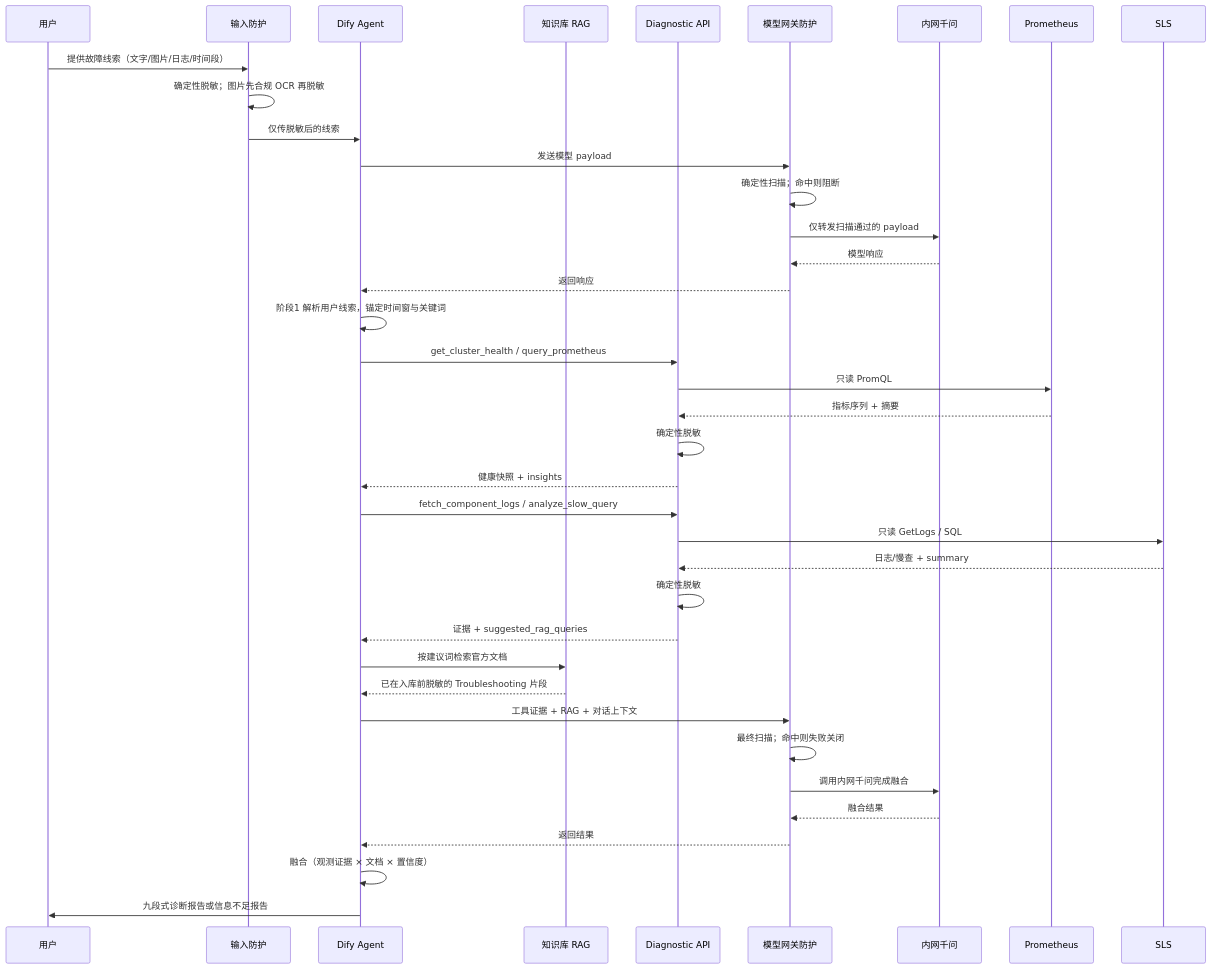
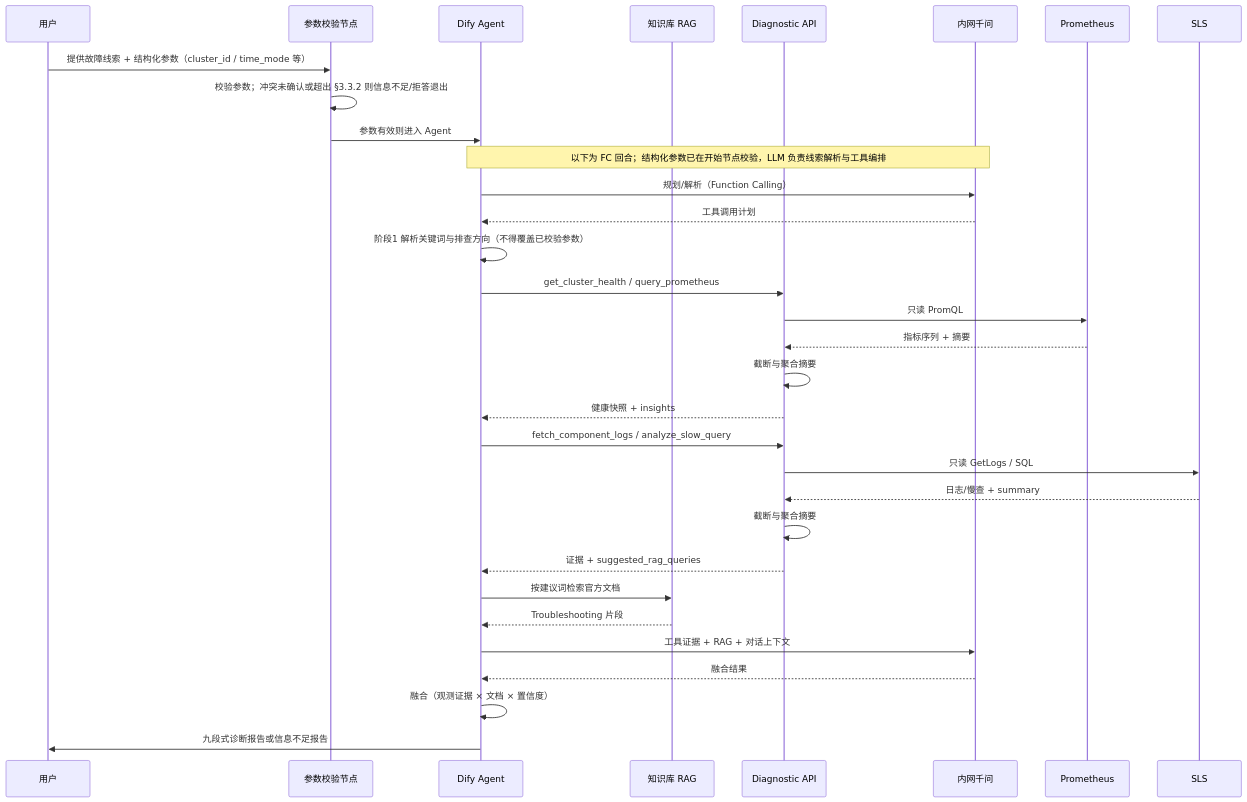
The third of 10 diagrams in docs/tidb-diag-agent-technical-design.md (yangzhengjie/tidb-diag), drawn with Mermaid before and after one commit. The commit also changed other lines of this file and 1 other file, not shown here.

````diff
--- a/docs/tidb-diag-agent-technical-design.md
+++ b/docs/tidb-diag-agent-technical-design.md
@@ -172,41 +166,35 @@
 ```mermaid
 sequenceDiagram
     participant U as 用户
-    participant G as 输入防护
+    participant PC as 参数校验节点
     participant A as Dify Agent
     participant KB as 知识库 RAG
     participant API as Diagnostic API
-    participant MG as 模型网关防护
     participant Q as 内网千问
     participant P as Prometheus
     participant S as SLS
 
-    U->>G: 提供故障线索（文字/图片/日志/时间段）
-    G->>G: 确定性脱敏；图片先合规 OCR 再脱敏
-    G->>A: 仅传脱敏后的线索
-    A->>MG: 发送模型 payload
-    MG->>MG: 确定性扫描；命中则阻断
-    MG->>Q: 仅转发扫描通过的 payload
-    Q-->>MG: 模型响应
-    MG-->>A: 返回响应
-    A->>A: 阶段1 解析用户线索，锚定时间窗与关键词
+    U->>PC: 提供故障线索 + 结构化参数（cluster_id / time_mode 等）
+    PC->>PC: 校验参数；冲突未确认或超出 §3.3.2 则信息不足/拒答退出
+    PC->>A: 参数有效则进入 Agent
+    Note over A,Q: 以下为 FC 回合；结构化参数已在开始节点校验，LLM 负责线索解析与工具编排
+    A->>Q: 规划/解析（Function Calling）
+    Q-->>A: 工具调用计划
+    A->>A: 阶段1 解析关键词与排查方向（不得覆盖已校验参数）
     A->>API: get_cluster_health / query_prometheus
     API->>P: 只读 PromQL
     P-->>API: 指标序列 + 摘要
-    API->>API: 确定性脱敏
+    API->>API: 截断与聚合摘要
     API-->>A: 健康快照 + insights
     A->>API: fetch_component_logs / analyze_slow_query
     API->>S: 只读 GetLogs / SQL
     S-->>API: 日志/慢查 + summary
-    API->>API: 确定性脱敏
+    API->>API: 截断与聚合摘要
     API-->>A: 证据 + suggested_rag_queries
     A->>KB: 按建议词检索官方文档
-    KB-->>A: 已在入库前脱敏的 Troubleshooting 片段
-    A->>MG: 工具证据 + RAG + 对话上下文
-    MG->>MG: 最终扫描；命中则失败关闭
-    MG->>Q: 调用内网千问完成融合
-    Q-->>MG: 融合结果
-    MG-->>A: 返回结果
+    KB-->>A: Troubleshooting 片段
+    A->>Q: 工具证据 + RAG + 对话上下文
+    Q-->>A: 融合结果
     A->>A: 融合（观测证据 × 文档 × 置信度）
     A->>U: 九段式诊断报告或信息不足报告
 ```
````
